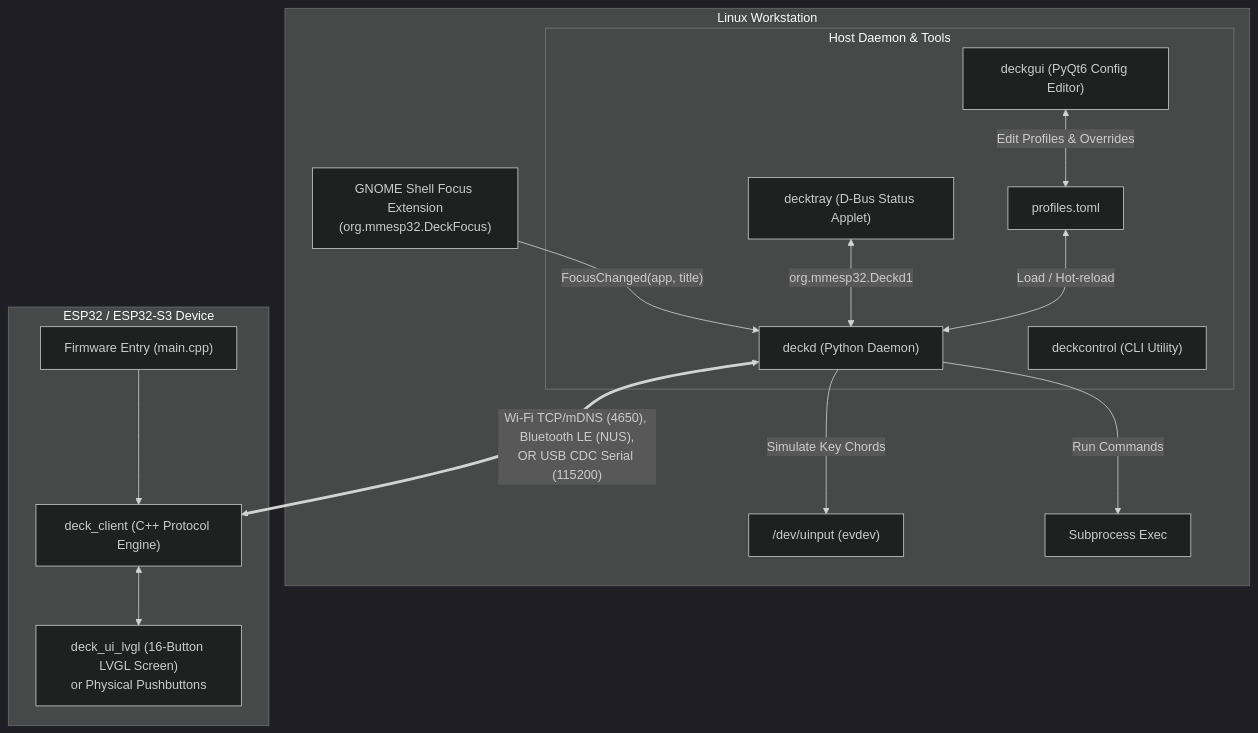
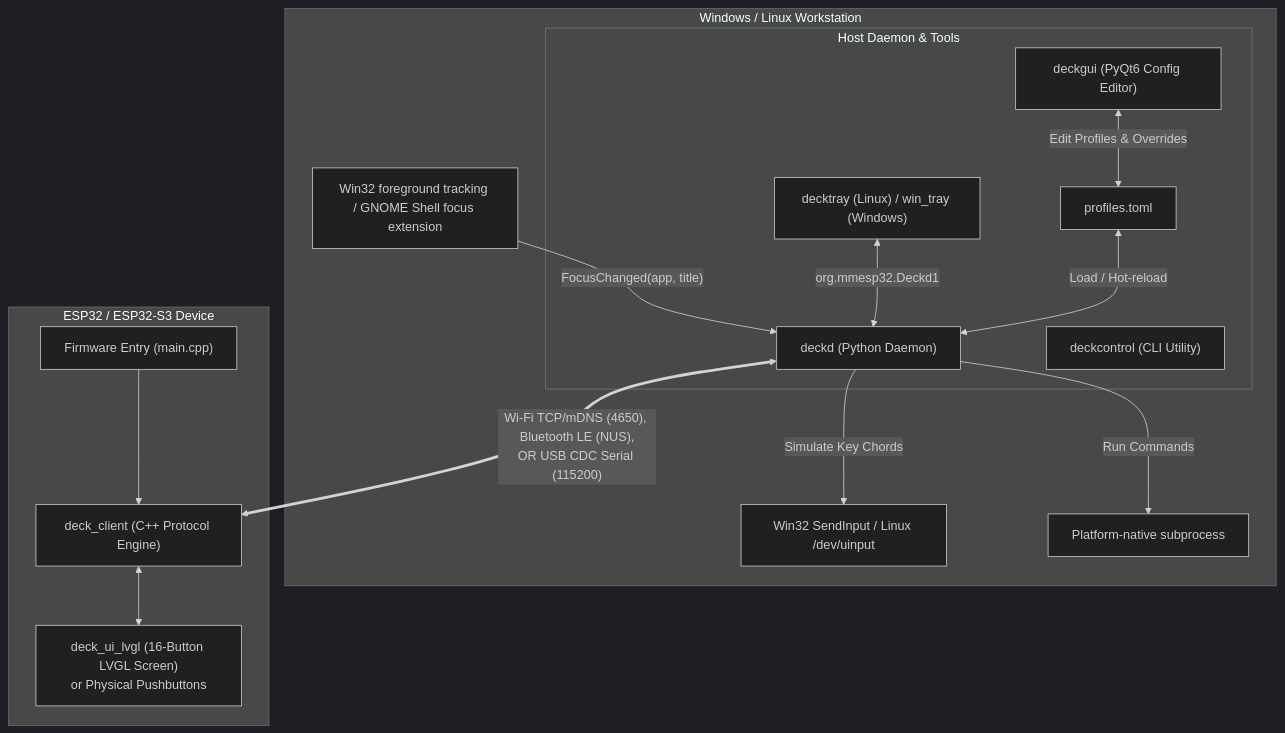
The diagram in README.md (jmartinmaster/StreamDeck), drawn with Mermaid (dark theme) before and after one commit. The commit also changed other lines of this file and 18 other files, not shown here.

First line of the commit message:
Add Windows tray controller, GUI editor, Start Menu launcher, and uninstaller

````diff
--- a/README.md
+++ b/README.md
@@ -40,31 +48,31 @@
 ```mermaid
 flowchart TD
-    subgraph PC["Linux Workstation"]
+    subgraph PC["Windows / Linux Workstation"]
         subgraph DaemonSuite["Host Daemon & Tools"]
             D["deckd (Python Daemon)"]
-            T["decktray (D-Bus Status Applet)"]
+            T["decktray (Linux) / win_tray (Windows)"]
             G["deckgui (PyQt6 Config Editor)"]
             C["deckcontrol (CLI Utility)"]
             P["profiles.toml"]
         end
 
-        Focus["GNOME Shell Focus Extension\n(org.mmesp32.DeckFocus)"] -->|"FocusChanged(app, title)"| D
-        D -->|Simulate Key Chords| UInput["/dev/uinput (evdev)"]
-        D -->|Run Commands| Shell["Subprocess Exec"]
+        Focus["Win32 foreground tracking / GNOME Shell focus extension"] -->|"FocusChanged(app, title)"| D
+        D -->|Simulate Key Chords| Input["Win32 SendInput / Linux /dev/uinput"]
+        D -->|Run Commands| Shell["Platform-native subprocess"]
 
         T <-->|org.mmesp32.Deckd1| D
         G <-->|Edit Profiles & Overrides| P
         P <-->|Load / Hot-reload| D
     end
 
     subgraph Device["ESP32 / ESP32-S3 Device"]
         Firmware["Firmware Entry (main.cpp)"]
         Client["deck_client (C++ Protocol Engine)"]
         UI["deck_ui_lvgl (16-Button LVGL Screen)\nor Physical Pushbuttons"]
 
         Firmware --> Client
         Client <--> UI
     end
 
     D <==>|"Wi-Fi TCP/mDNS (4650), Bluetooth LE (NUS),\nOR USB CDC Serial (115200)"| Client
 ```
````
